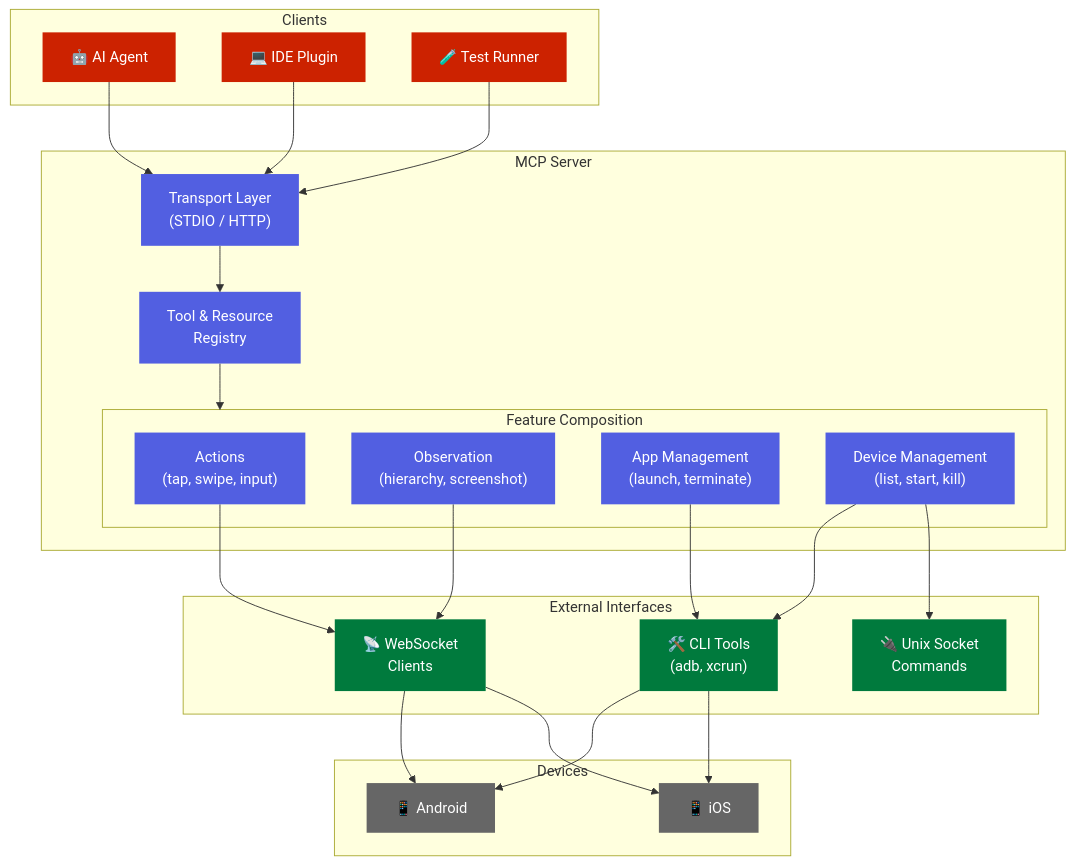
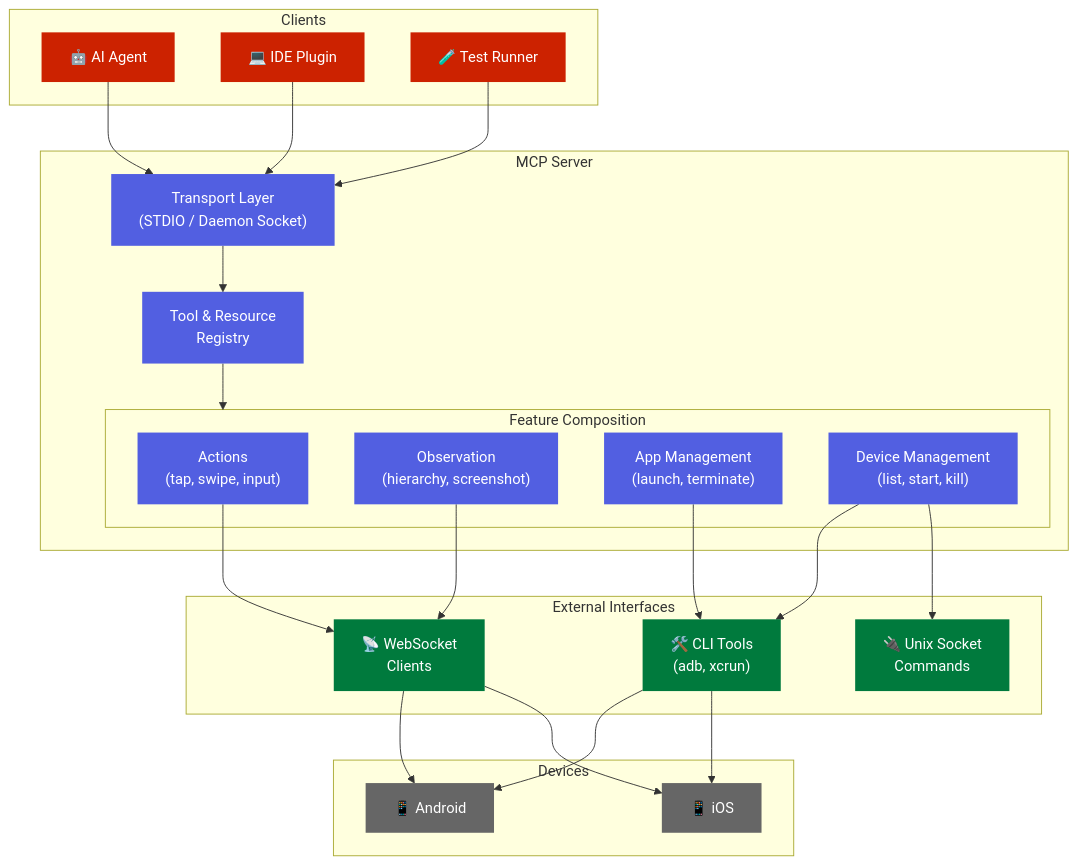
Before and after one commit to zillow/auto-mobile: the diagram in docs/design-docs/index.md, drawn with Mermaid. The commit also changed 13 other files, not shown here.

First line of the commit message:
chore: remove MCP HTTP transport (#1372)

````diff
--- a/docs/design-docs/index.md
+++ b/docs/design-docs/index.md
@@ -9,58 +9,58 @@
 ```mermaid
 flowchart TB
     subgraph Clients
         Agent["🤖 AI Agent"]
         IDE["💻 IDE Plugin"]
         CLI["🧪 Test Runner"]
     end
 
     subgraph MCP["MCP Server"]
-        Transport["Transport Layer<br/>(STDIO / HTTP)"]
+        Transport["Transport Layer<br/>(STDIO / Daemon Socket)"]
         Registry["Tool & Resource<br/>Registry"]
 
         subgraph Features["Feature Composition"]
             Actions["Actions<br/>(tap, swipe, input)"]
             Observe["Observation<br/>(hierarchy, screenshot)"]
             AppMgmt["App Management<br/>(launch, terminate)"]
             DeviceMgmt["Device Management<br/>(list, start, kill)"]
         end
     end
 
     subgraph External["External Interfaces"]
         WS["📡 WebSocket<br/>Clients"]
         Socket["🔌 Unix Socket<br/>Commands"]
         CLITools["🛠️ CLI Tools<br/>(adb, xcrun)"]
     end
 
     subgraph Devices["Devices"]
         Android["📱 Android"]
         iOS["📱 iOS"]
     end
 
     Agent --> Transport
     IDE --> Transport
     CLI --> Transport
     Transport --> Registry
     Registry --> Features
 
     Actions --> WS
     Observe --> WS
     AppMgmt --> CLITools
     DeviceMgmt --> CLITools
     DeviceMgmt --> Socket
 
     WS --> Android
     WS --> iOS
     CLITools --> Android
     CLITools --> iOS
 
     classDef client fill:#CC2200,stroke-width:0px,color:white;
     classDef mcp fill:#525FE1,stroke-width:0px,color:white;
     classDef external fill:#007A3D,stroke-width:0px,color:white;
     classDef device fill:#666666,stroke-width:0px,color:white;
 
     class Agent,IDE,CLI client;
     class Transport,Registry,Actions,Observe,AppMgmt,DeviceMgmt mcp;
     class WS,Socket,CLITools external;
     class Android,iOS device;
 ```
````
